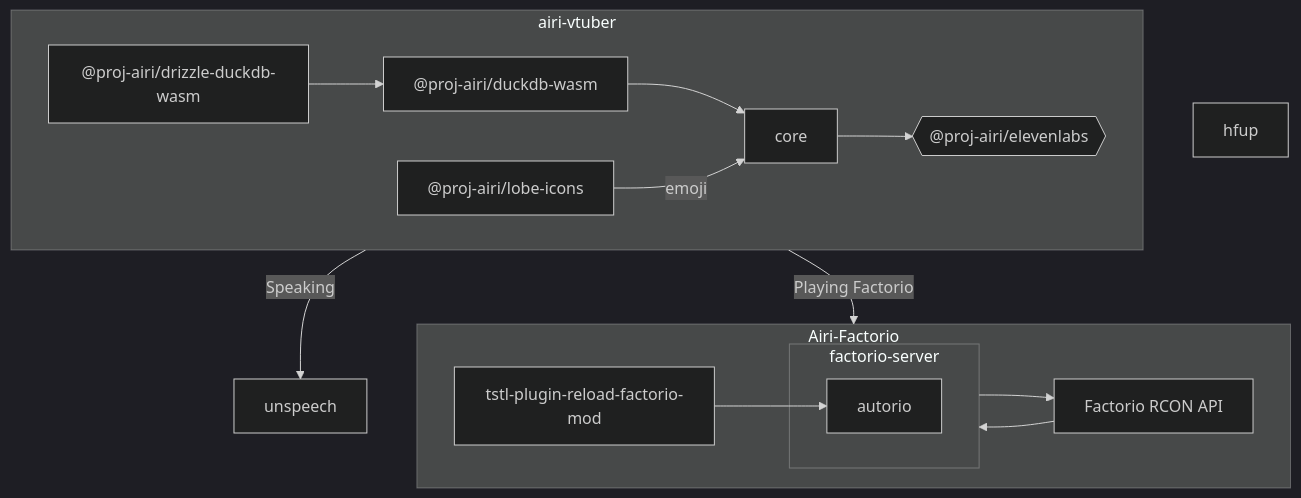
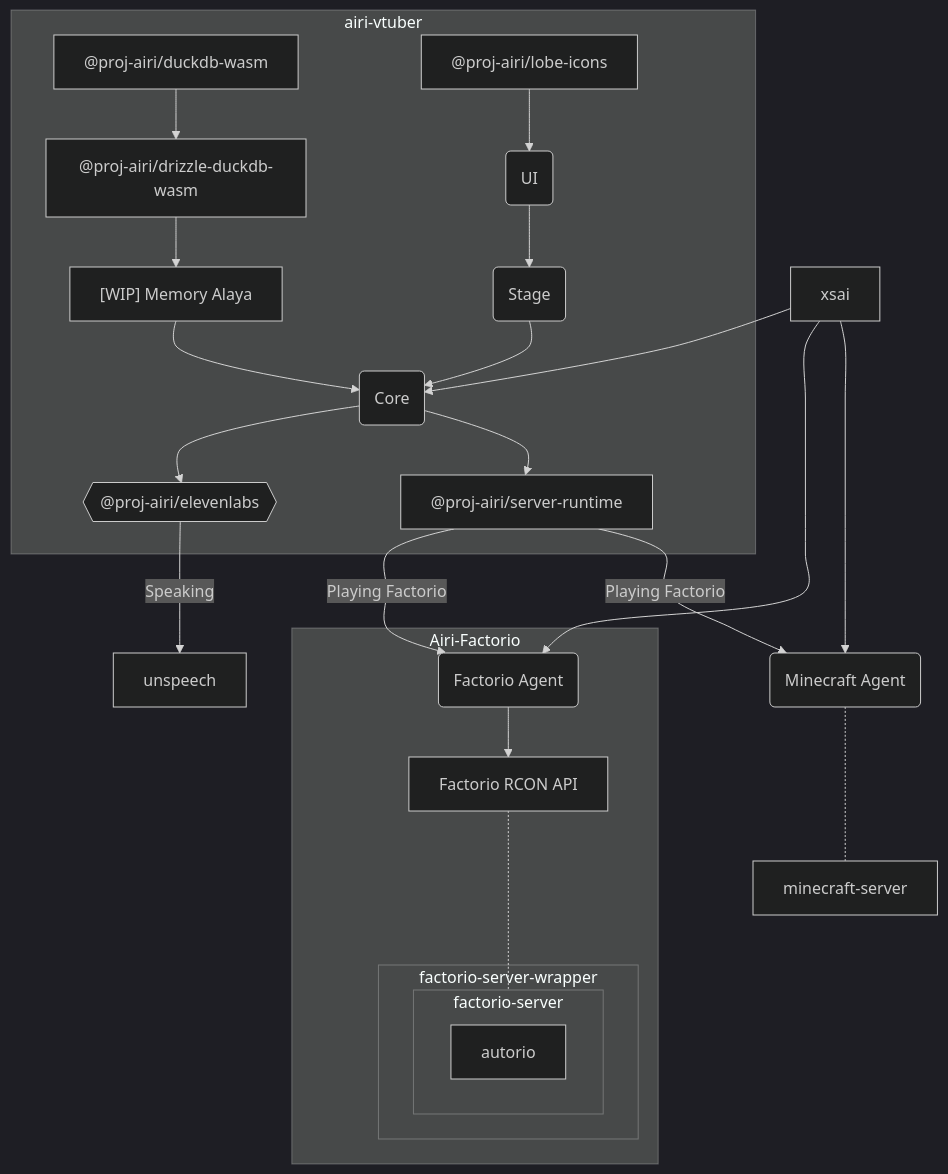
One commit to moeru-ai/airi changed the first of 2 diagrams in README.md. Above: the diagram before and after it, drawn with Mermaid (dark theme). The commit also changed other lines of this file, not shown here.

Commit message:
modified after discussing

````diff
--- a/README.md
+++ b/README.md
@@ -67,33 +67,47 @@
 ```mermaid
+
+%%{ init: { 'flowchart': { 'curve': 'catmullRom' } } }%%
+
 flowchart TD
 
-  A["core"]
-  B["unspeech"]
-  C["hfup"]
-  D["@proj-airi/drizzle-duckdb-wasm"]
-  E["@proj-airi/duckdb-wasm"]
-  F["@proj-airi/lobe-icons"]
-  G{{"@proj-airi/elevenlabs"}}
-  I["Factorio RCON API"]
-  J["autorio"]
-  K["tstl-plugin-reload-factorio-mod"]
+  CORE("Core")
+  UNSPEECH["unspeech"]
+  DB1["@proj-airi/drizzle-duckdb-wasm"]
+  DB2["[WIP] Memory Alaya"]
+  DB0["@proj-airi/duckdb-wasm"]
+  ICONS["@proj-airi/lobe-icons"]
+  UI("UI")
+  Stage("Stage")
+  ELEVENLABS{{"@proj-airi/elevenlabs"}}
+  F_AGENT("Factorio Agent")
+  F_API["Factorio RCON API"]
+  F_MOD1["autorio"]
+  SVRT["@proj-airi/server-runtime"]
+  MC_AGENT("Minecraft Agent")
+  XSAI["xsai"]
   
   subgraph airi-vtuber
-    D --> E --> A
-    F --> |emoji|A
-    A --> G
+    DB0 --> DB1 --> DB2 --> CORE
+    ICONS --> UI --> Stage --> CORE
+    CORE --> ELEVENLABS
+    CORE --> SVRT
   end
-  airi-vtuber --> |Speaking|B
-  airi-vtuber --> |Playing Factorio|Airi-Factorio
+  ELEVENLABS --> |Speaking|UNSPEECH
+  SVRT --> |Playing Factorio|F_AGENT
 
   subgraph Airi-Factorio
-    I --> factorio-server
-    factorio-server --> I
-    subgraph factorio-server
-      J
+    F_AGENT --> F_API -..- factorio-server
+    subgraph factorio-server-wrapper
+      subgraph factorio-server
+        F_MOD1
+      end
     end
-    K --> J
   end
 
+  SVRT --> |Playing Factorio|MC_AGENT -..- minecraft-server
+
+  XSAI --> CORE
+  XSAI --> F_AGENT
+  XSAI --> MC_AGENT
 
 ```
````
